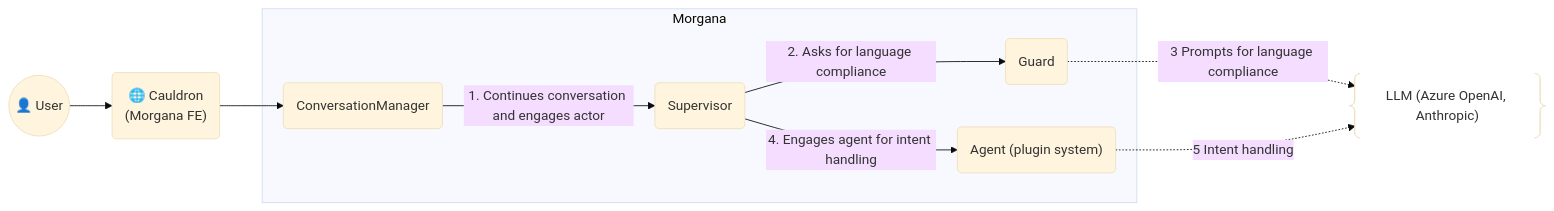
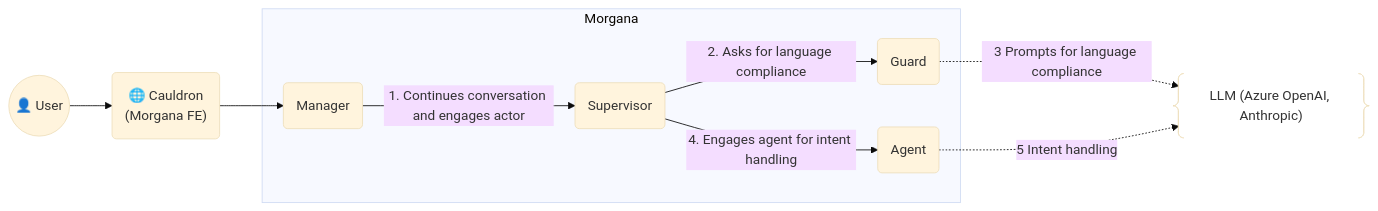
Before and after one commit to mdesalvo/Morgana: the second of 2 diagrams in README.md, drawn with Mermaid (base theme). The commit also changed other lines of this file, not shown here.

````diff
--- a/README.md
+++ b/README.md
@@ -82,26 +82,26 @@
 ```mermaid
 graph LR
   %% Frontend
   U@{shape: circle, label: "👤 User"} --> CLD@{shape: rounded, label: "🌐 Cauldron\n(Morgana FE)"}
 
   %% Backend boundary
   subgraph Morgana["Morgana"]
-    CM@{shape: rounded, label: "ConversationManager"}
+    CM@{shape: rounded, label: "Manager"}
     SV@{shape: rounded, label: "Supervisor"}
 
     G@{shape: rounded, label: "Guard"}
-    MA@{shape: rounded, label: "Agent (plugin system)"}
+    MA@{shape: rounded, label: "Agent"}
   end
 
   %% FE → BE
   CLD --> CM
   CM -- 1. Continues conversation and engages actor --> SV
 
   %% Internal BE flow
   SV -- 2. Asks for language compliance --> G
   SV -- 4. Engages agent for intent handling --> MA
 
   %% External systems
   G -. 3 Prompts for language compliance .-> LLM@{shape: braces, label: "LLM (Azure OpenAI, Anthropic)"}
   MA -. 5 Intent handling .-> LLM
 ```
````
